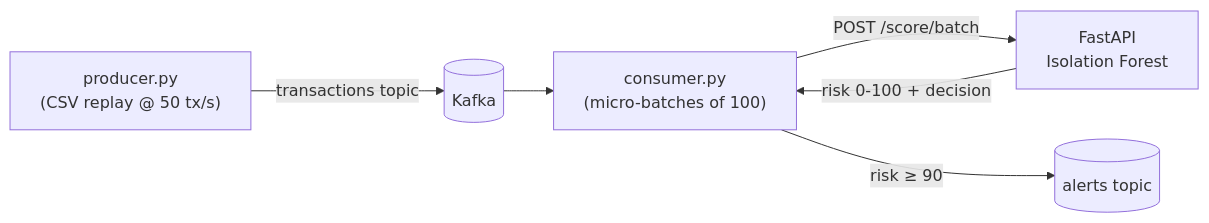
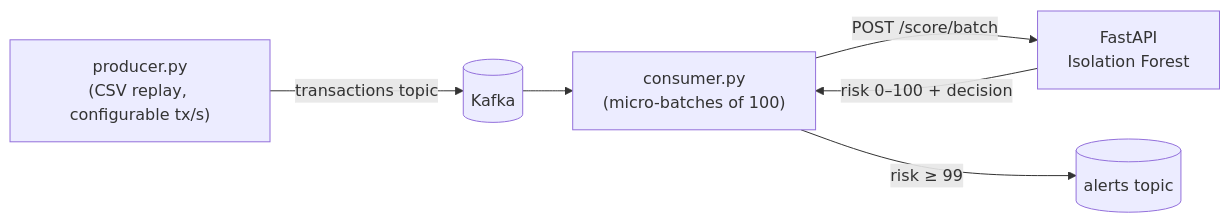
The diagram in README.md (smit0801/fraud-radar), drawn with Mermaid before and after one commit. The commit also changed other lines of this file, not shown here.

````diff
--- a/README.md
+++ b/README.md
@@ -7,8 +26,8 @@
 ```mermaid
 flowchart LR
-    P["producer.py<br/>(CSV replay @ 50 tx/s)"] -->|transactions topic| K[("Kafka")]
+    P["producer.py<br/>(CSV replay, configurable tx/s)"] -->|transactions topic| K[("Kafka")]
     K --> C["consumer.py<br/>(micro-batches of 100)"]
     C -->|"POST /score/batch"| A["FastAPI<br/>Isolation Forest"]
-    A -->|"risk 0-100 + decision"| C
-    C -->|"risk ≥ 90"| K2[("alerts topic")]
+    A -->|"risk 0–100 + decision"| C
+    C -->|"risk ≥ 99"| K2[("alerts topic")]
 ```
````
